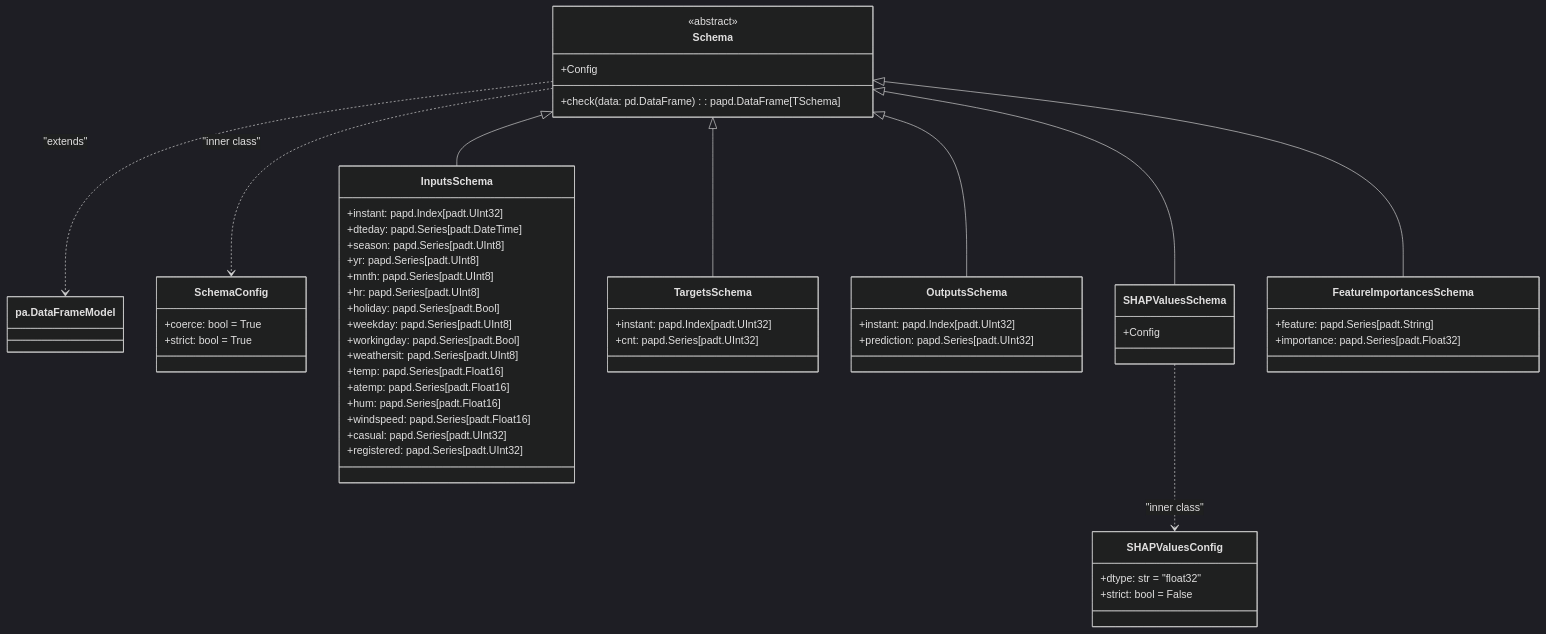
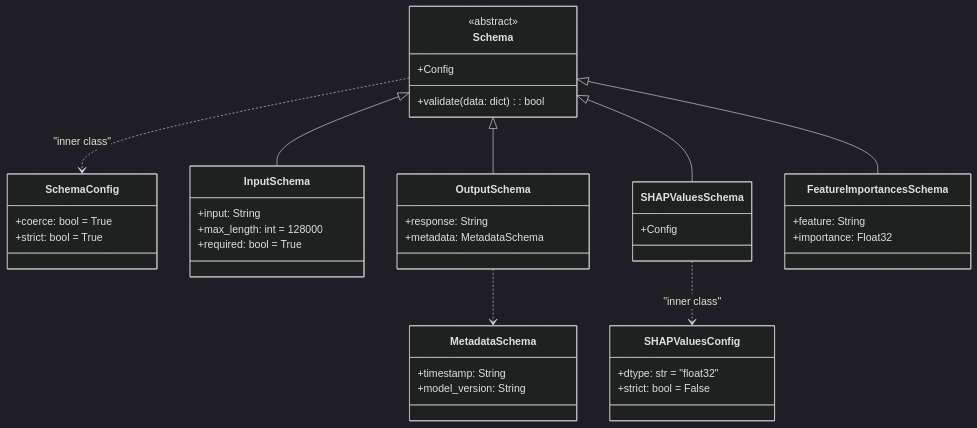
One commit to lgcorzo/llmops-python-package changed the diagram in Documents/Schemas_stories.md. Above: the diagram before and after it, drawn with Mermaid (dark theme). The commit also changed other lines of this file, not shown here.

````diff
--- a/Documents/Schemas_stories.md
+++ b/Documents/Schemas_stories.md
@@ -14,74 +14,59 @@
 ```mermaid
 classDiagram
     %% Base Schema Class
     class Schema {
         <<abstract>>
         +Config
-        +check(data: pd.DataFrame): papd.DataFrame[TSchema]
+        +validate(data: dict): bool
     }
-    Schema ..> pa.DataFrameModel : "extends"
 
     %% Schema Config
     class SchemaConfig {
         +coerce: bool = True
         +strict: bool = True
     }
     Schema ..> SchemaConfig : "inner class"
 
-    %% InputsSchema
-    class InputsSchema {
-        +instant: papd.Index[padt.UInt32]
-        +dteday: papd.Series[padt.DateTime]
-        +season: papd.Series[padt.UInt8]
-        +yr: papd.Series[padt.UInt8]
-        +mnth: papd.Series[padt.UInt8]
-        +hr: papd.Series[padt.UInt8]
-        +holiday: papd.Series[padt.Bool]
-        +weekday: papd.Series[padt.UInt8]
-        +workingday: papd.Series[padt.Bool]
-        +weathersit: papd.Series[padt.UInt8]
-        +temp: papd.Series[padt.Float16]
-        +atemp: papd.Series[padt.Float16]
-        +hum: papd.Series[padt.Float16]
-        +windspeed: papd.Series[padt.Float16]
-        +casual: papd.Series[padt.UInt32]
-        +registered: papd.Series[padt.UInt32]
+    %% InputSchema
+    class InputSchema {
+        +input: String
+        +max_length: int = 128000
+        +required: bool = True
     }
-    Schema <|-- InputsSchema
+    Schema <|-- InputSchema
 
-    %% TargetsSchema
-    class TargetsSchema {
-        +instant: papd.Index[padt.UInt32]
-        +cnt: papd.Series[padt.UInt32]
+    %% OutputSchema
+    class OutputSchema {
+        +response: String
+        +metadata: MetadataSchema
     }
-    Schema <|-- TargetsSchema
+    Schema <|-- OutputSchema
 
-    %% OutputsSchema
-    class OutputsSchema {
-        +instant: papd.Index[padt.UInt32]
-        +prediction: papd.Series[padt.UInt32]
+    %% MetadataSchema
+    class MetadataSchema {
+        +timestamp: String
+        +model_version: String
     }
-    Schema <|-- OutputsSchema
+    OutputSchema ..> MetadataSchema
 
     %% SHAPValuesSchema
     class SHAPValuesSchema {
         +Config
     }
     Schema <|-- SHAPValuesSchema
 
     class SHAPValuesConfig {
         +dtype: str = "float32"
         +strict: bool = False
     }
     SHAPValuesSchema ..> SHAPValuesConfig : "inner class"
 
     %% FeatureImportancesSchema
     class FeatureImportancesSchema {
-        +feature: papd.Series[padt.String]
-        +importance: papd.Series[padt.Float32]
+        +feature: String
+        +importance: Float32
     }
     Schema <|-- FeatureImportancesSchema
 
 
-
 ```
````
